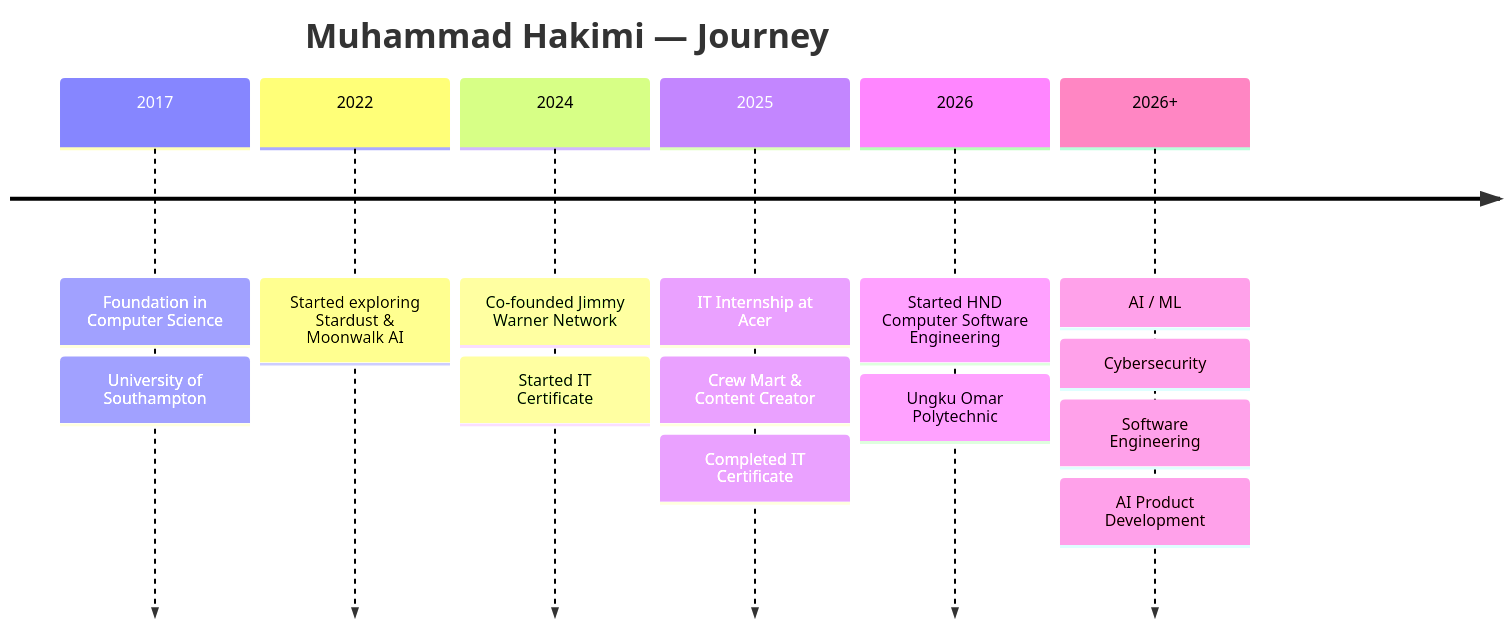
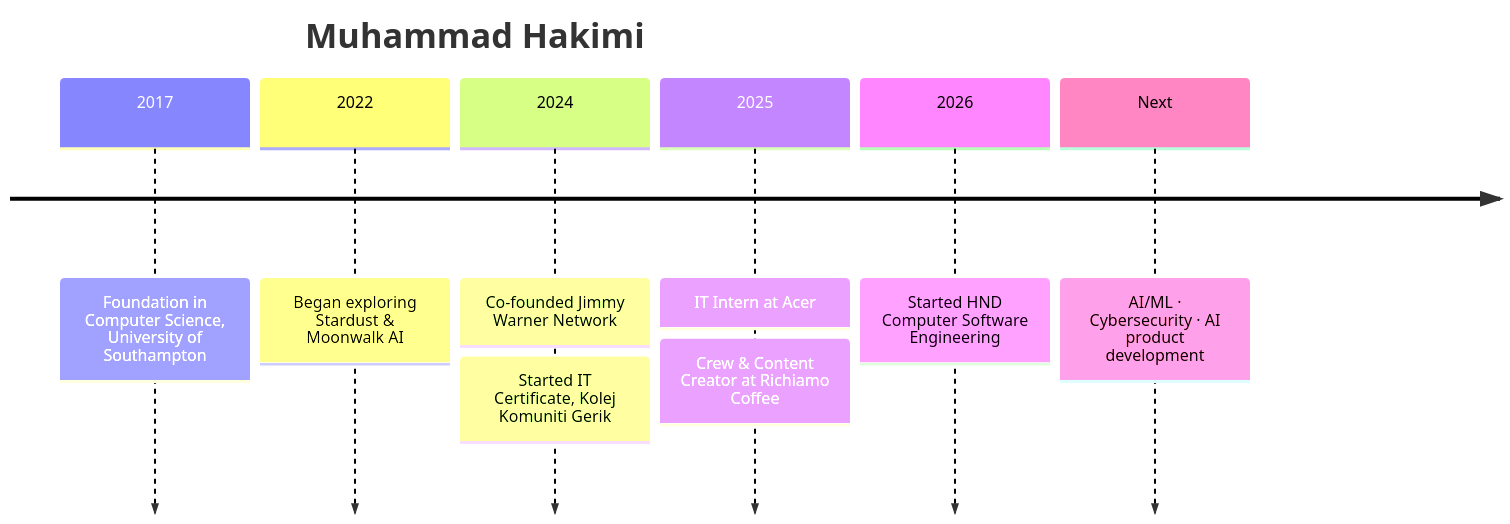
The diagram in README.md (JimmyWarner9/JimmyWarner9), drawn with Mermaid before and after one commit. The commit also changed other lines of this file, not shown here.

````diff
--- a/README.md
+++ b/README.md
@@ -255,24 +75,12 @@
 ```mermaid
 timeline
-    title Muhammad Hakimi — Journey
-
-    2017 : Foundation in Computer Science
-         : University of Southampton
-
-    2022 : Started exploring Stardust & Moonwalk AI
-
+    title Muhammad Hakimi
+    2017 : Foundation in Computer Science, University of Southampton
+    2022 : Began exploring Stardust & Moonwalk AI
     2024 : Co-founded Jimmy Warner Network
-         : Started IT Certificate
-
-    2025 : IT Internship at Acer
-         : Crew Mart & Content Creator
-         : Completed IT Certificate
-
+         : Started IT Certificate, Kolej Komuniti Gerik
+    2025 : IT Intern at Acer
+         : Crew & Content Creator at Richiamo Coffee
     2026 : Started HND Computer Software Engineering
-         : Ungku Omar Polytechnic
-
-    2026+ : AI / ML
-          : Cybersecurity
-          : Software Engineering
-          : AI Product Development
+    Next : AI/ML · Cybersecurity · AI product development
 ```
````
